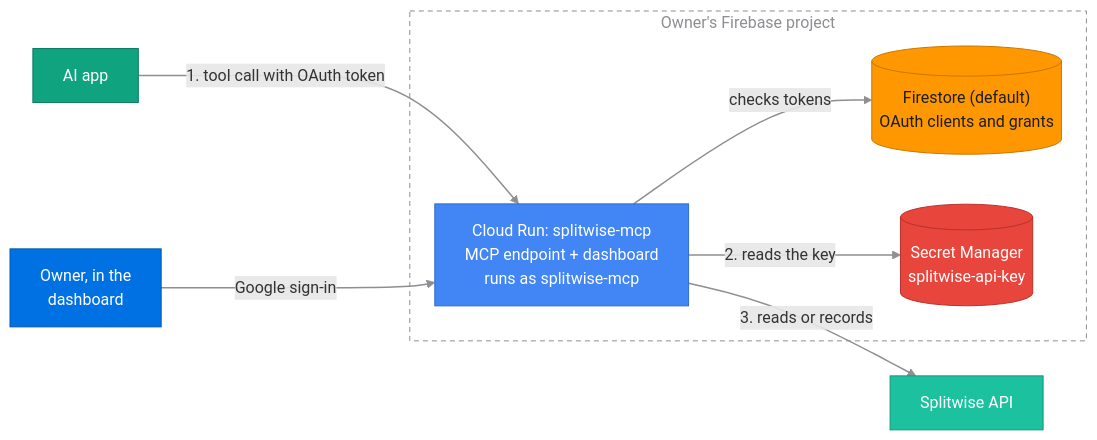
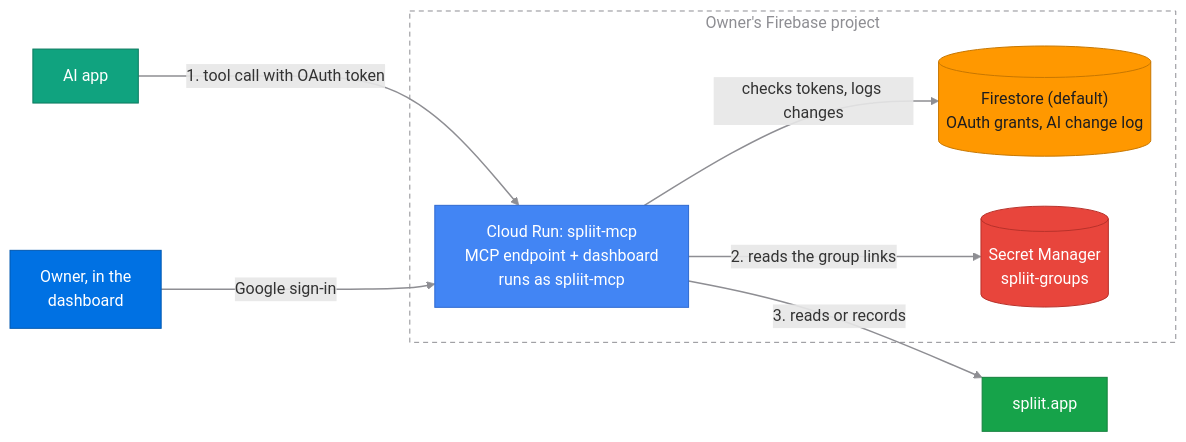
Before and after one commit to induction-axiom/ai-connector-for-spliit: the diagram in README.md, drawn with Mermaid. The commit also changed other lines of this file and 3 other files, not shown here.

Commit message:
docs: README and Cloud Shell guide for Spliit

````diff
--- a/README.md
+++ b/README.md
@@ -130,26 +129,26 @@
 ```mermaid
 flowchart LR
   AI["AI app"]:::ai
   Browser["Owner, in the<br/>dashboard"]:::you
-  SW["Splitwise API"]:::sw
+  SP["spliit.app"]:::sp
   subgraph project["Owner's Firebase project"]
-    Run["Cloud Run: splitwise-mcp<br/>MCP endpoint + dashboard<br/>runs as splitwise-mcp"]:::run
-    Auth[("Firestore (default)<br/>OAuth clients and grants")]:::store
-    Secret[("Secret Manager<br/>splitwise-api-key")]:::secret
+    Run["Cloud Run: spliit-mcp<br/>MCP endpoint + dashboard<br/>runs as spliit-mcp"]:::run
+    Store[("Firestore (default)<br/>OAuth grants, AI change log")]:::store
+    Secret[("Secret Manager<br/>spliit-groups")]:::secret
   end
   AI -- "1. tool call with OAuth token" --> Run
   Browser -- "Google sign-in" --> Run
-  Run -- "checks tokens" --> Auth
-  Run -- "2. reads the key" --> Secret
-  Run -- "3. reads or records" --> SW
+  Run -- "checks tokens, logs changes" --> Store
+  Run -- "2. reads the group links" --> Secret
+  Run -- "3. reads or records" --> SP
 
   %% Saturated fills with fixed text colours read well on light and dark pages.
   classDef ai fill:#10a37f,stroke:#0b7a5f,color:#ffffff
   classDef you fill:#0071e3,stroke:#0058b0,color:#ffffff
-  classDef sw fill:#1cc29f,stroke:#14967a,color:#ffffff
+  classDef sp fill:#16a34a,stroke:#15803d,color:#ffffff
   classDef run fill:#4285f4,stroke:#2f6ad0,color:#ffffff
   classDef store fill:#ff9800,stroke:#c77700,color:#1d1d1f
   classDef secret fill:#e8453c,stroke:#b8322b,color:#ffffff
   style project fill:none,stroke:#8e8e93,stroke-width:1px,stroke-dasharray:5 4,color:#8e8e93
   linkStyle default stroke:#8e8e93,stroke-width:1.5px
 ```
````
